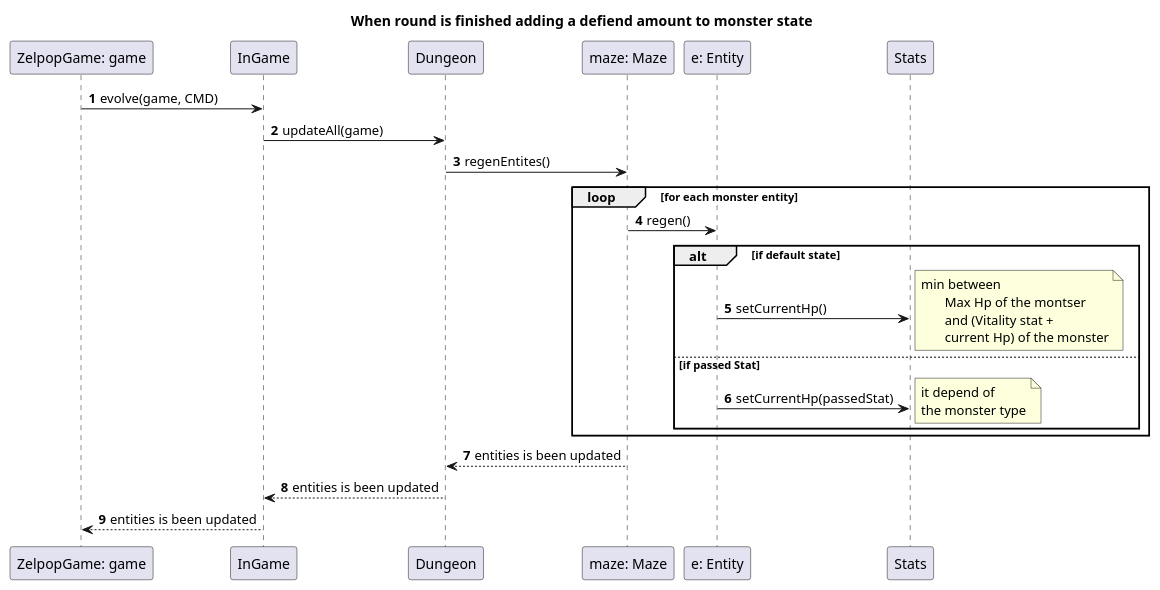
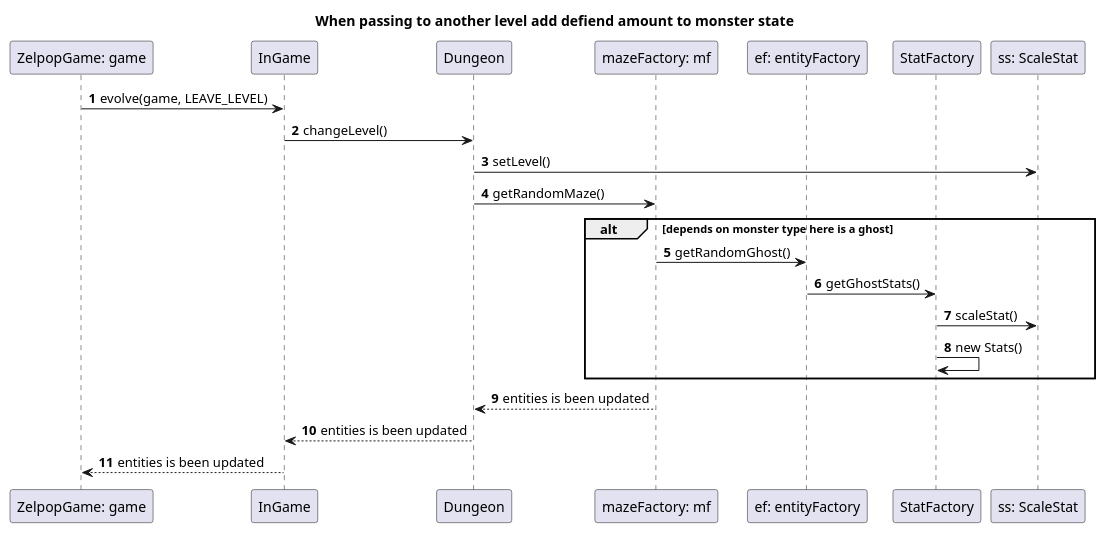
Before and after one commit to Reynault/ACL_2019_Zelpop: the diagram in doc/4_sprint/diagrams/puml/sequences/addingAmountToMonstersState.puml, drawn with PlantUML. The commit also changed 5 other files, not shown here.

Commit message:
adding scale stats

```diff
--- a/doc/4_sprint/diagrams/puml/sequences/addingAmountToMonstersState.puml
+++ b/doc/4_sprint/diagrams/puml/sequences/addingAmountToMonstersState.puml
@@ -1,44 +1,36 @@
 @startuml
-title  When round is finished adding a defiend amount to monster state
+title  When passing to another level add defiend amount to monster state
 autonumber
 
 participant "ZelpopGame: game" as z
 participant InGame as g
 participant Dungeon as d
-participant "maze: Maze" as m
-participant "e: Entity" as e
-participant "Stats" as s
+participant "mazeFactory: mf" as mf
+participant "ef: entityFactory" as ef
+participant "StatFactory" as sf
+participant "ss: ScaleStat" as ss
 
 
-z -> g: evolve(game, CMD)
+z -> g: evolve(game, LEAVE_LEVEL)
 
-g -> d: updateAll(game)
+g -> d: changeLevel()
 
-d -> m: regenEntites()
+d -> ss: setLevel()
 
-loop for each monster entity
-    m -> e: regen()
-    alt if default state
-          e -> s: setCurrentHp()
-          note right
-	       min between
-               Max Hp of the montser
-               and (Vitality stat +
-               current Hp) of the monster
-          end note
-    else if passed Stat
-          e -> s: setCurrentHp(passedStat)
-          note right
-	       it depend of
-	       the monster type
-          end note
-    end
+d -> mf: getRandomMaze()
+
+alt depends on monster type here is a ghost
+    mf -> ef: getRandomGhost()
+    ef -> sf: getGhostStats()
+    sf -> ss: scaleStat()
+    sf -> sf: new Stats()
+
 end
 
 
-m --> d: entities is been updated
+mf --> d: entities is been updated
 
 d --> g: entities is been updated
 
 g --> z: entities is been updated
 @enduml
```
